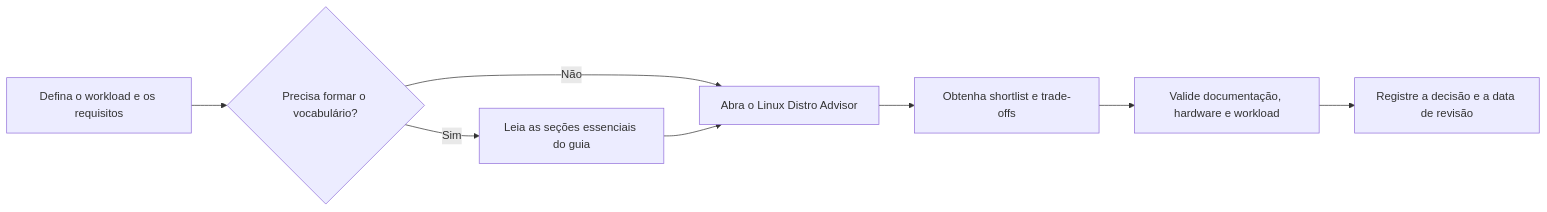
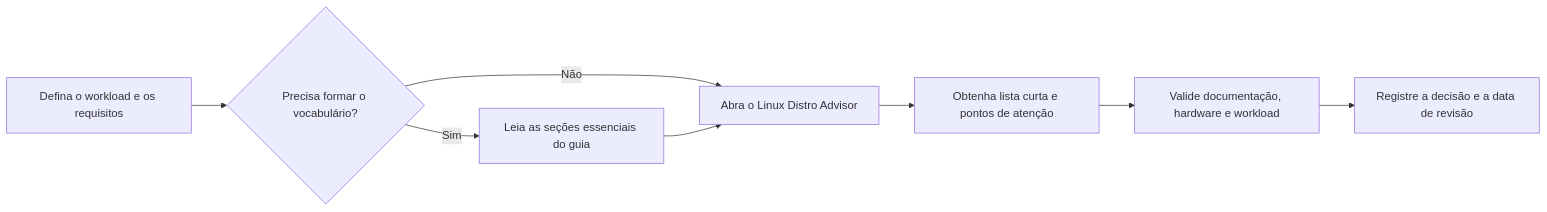
Before and after one commit to Diego-Ch4m4X/Linux_Distro_Advisor: the second of 15 diagrams in README.md, drawn with Mermaid. The commit also changed other lines of this file and 3 other files, not shown here.

````diff
--- a/README.md
+++ b/README.md
@@ -223,10 +257,10 @@
 ```mermaid
 flowchart LR
     A["Defina o workload e os requisitos"] --> B{"Precisa formar o vocabulário?"}
     B -- "Sim" --> C["Leia as seções essenciais do guia"]
     B -- "Não" --> D["Abra o Linux Distro Advisor"]
     C --> D
-    D --> E["Obtenha shortlist e trade-offs"]
+    D --> E["Obtenha lista curta e pontos de atenção"]
     E --> F["Valide documentação, hardware e workload"]
     F --> G["Registre a decisão e a data de revisão"]
 ```
````
